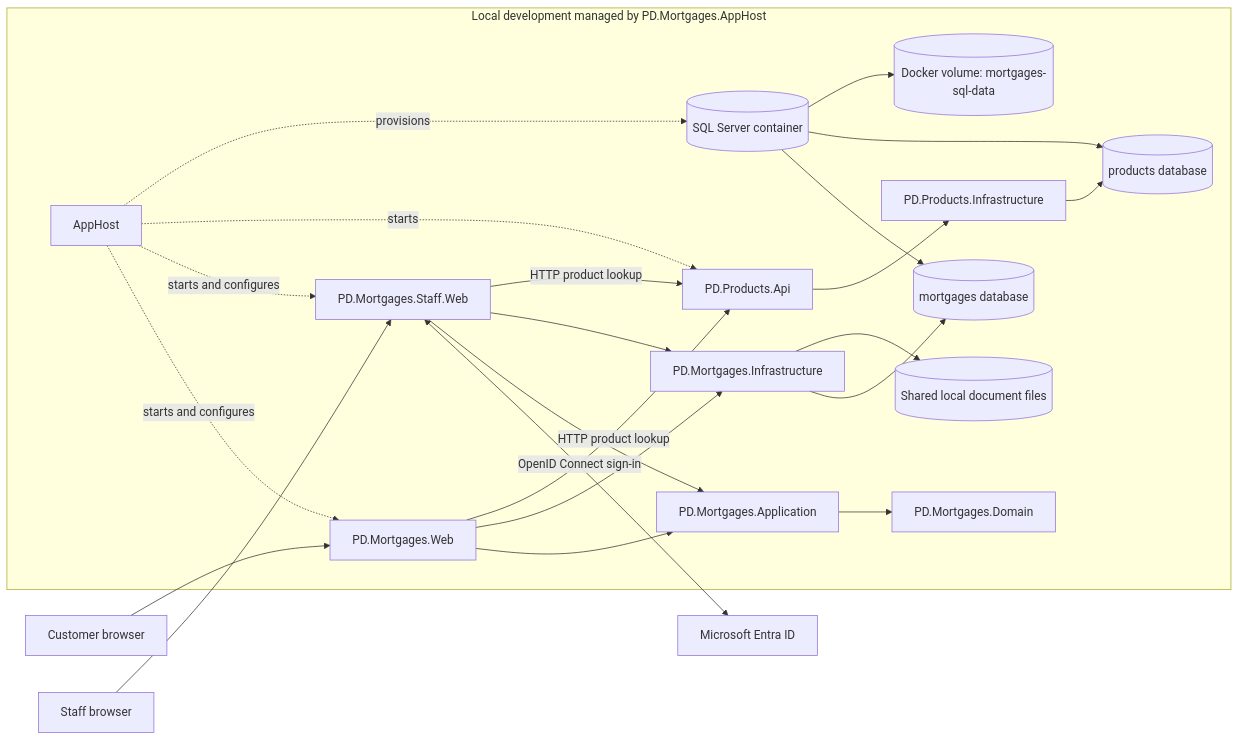
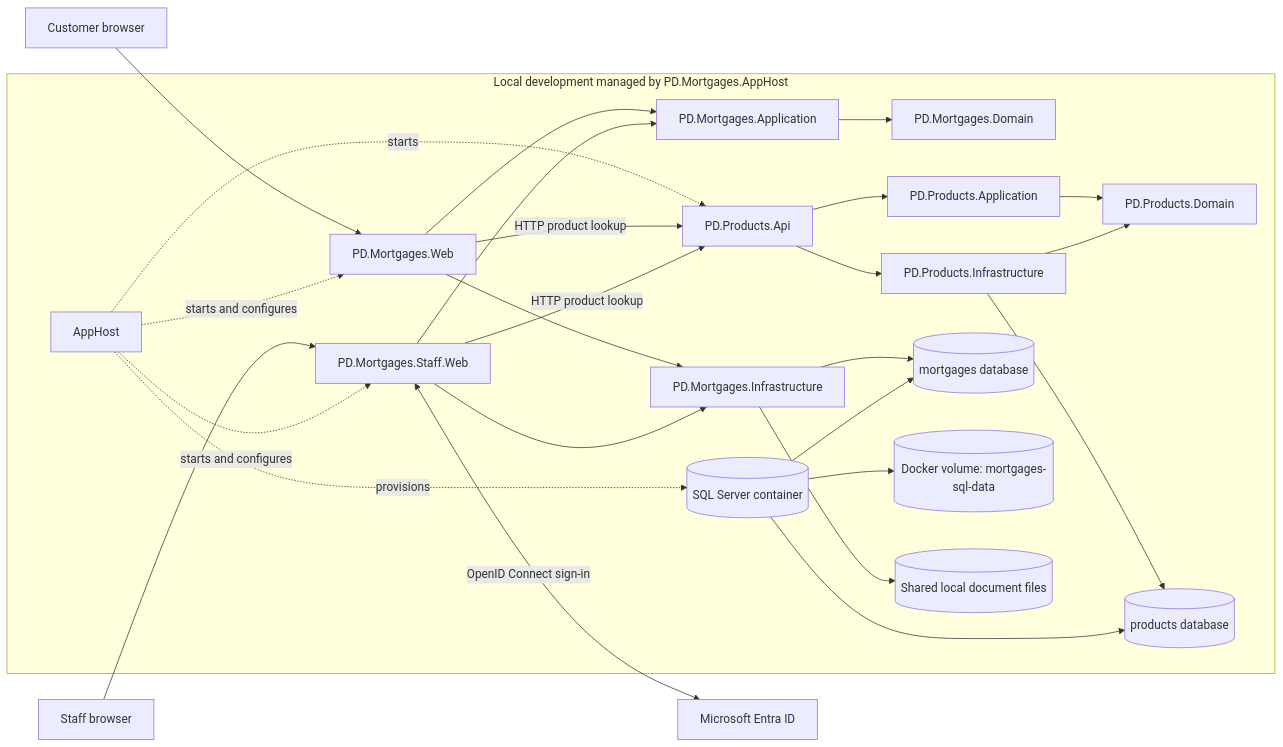
One commit to eyeballpaul/Mortgage-Processing-Application changed the first of 2 diagrams in docs/architecture.md. Above: the diagram before and after it, drawn with Mermaid. The commit also changed 1 other file, not shown here.

Commit message:
update for product sql

````diff
--- a/docs/architecture.md
+++ b/docs/architecture.md
@@ -7,42 +7,47 @@
 ```mermaid
 flowchart LR
     CustomerUser[Customer browser] --> CustomerWeb[PD.Mortgages.Web]
     StaffUser[Staff browser] --> StaffWeb[PD.Mortgages.Staff.Web]
     StaffWeb <-->|OpenID Connect sign-in| Entra[Microsoft Entra ID]
 
     subgraph Local["Local development managed by PD.Mortgages.AppHost"]
         AppHost[AppHost]
         CustomerWeb
         StaffWeb
         ProductsApi[PD.Products.Api]
         App[PD.Mortgages.Application]
         Domain[PD.Mortgages.Domain]
         Infrastructure[PD.Mortgages.Infrastructure]
+        ProductsApplication[PD.Products.Application]
+        ProductsDomain[PD.Products.Domain]
+        ProductsInfrastructure[PD.Products.Infrastructure]
         SqlServer[(SQL Server container)]
         MortgageDatabase[(mortgages database)]
         ProductsDatabase[(products database)]
         Volume[(Docker volume: mortgages-sql-data)]
         Documents[(Shared local document files)]
-        ProductsInfrastructure[PD.Products.Infrastructure]
 
         AppHost -. starts and configures .-> CustomerWeb
         AppHost -. starts and configures .-> StaffWeb
         AppHost -. starts .-> ProductsApi
         AppHost -. provisions .-> SqlServer
 
         CustomerWeb --> App
         StaffWeb --> App
         App --> Domain
         CustomerWeb --> Infrastructure
         StaffWeb --> Infrastructure
         Infrastructure --> MortgageDatabase
         ProductsApi --> ProductsInfrastructure
         ProductsInfrastructure --> ProductsDatabase
         SqlServer --> MortgageDatabase
         SqlServer --> ProductsDatabase
         SqlServer --> Volume
         Infrastructure --> Documents
         CustomerWeb -->|HTTP product lookup| ProductsApi
         StaffWeb -->|HTTP product lookup| ProductsApi
+        ProductsApi --> ProductsApplication
+        ProductsApplication --> ProductsDomain
+        ProductsInfrastructure --> ProductsDomain
     end
 ```
````
